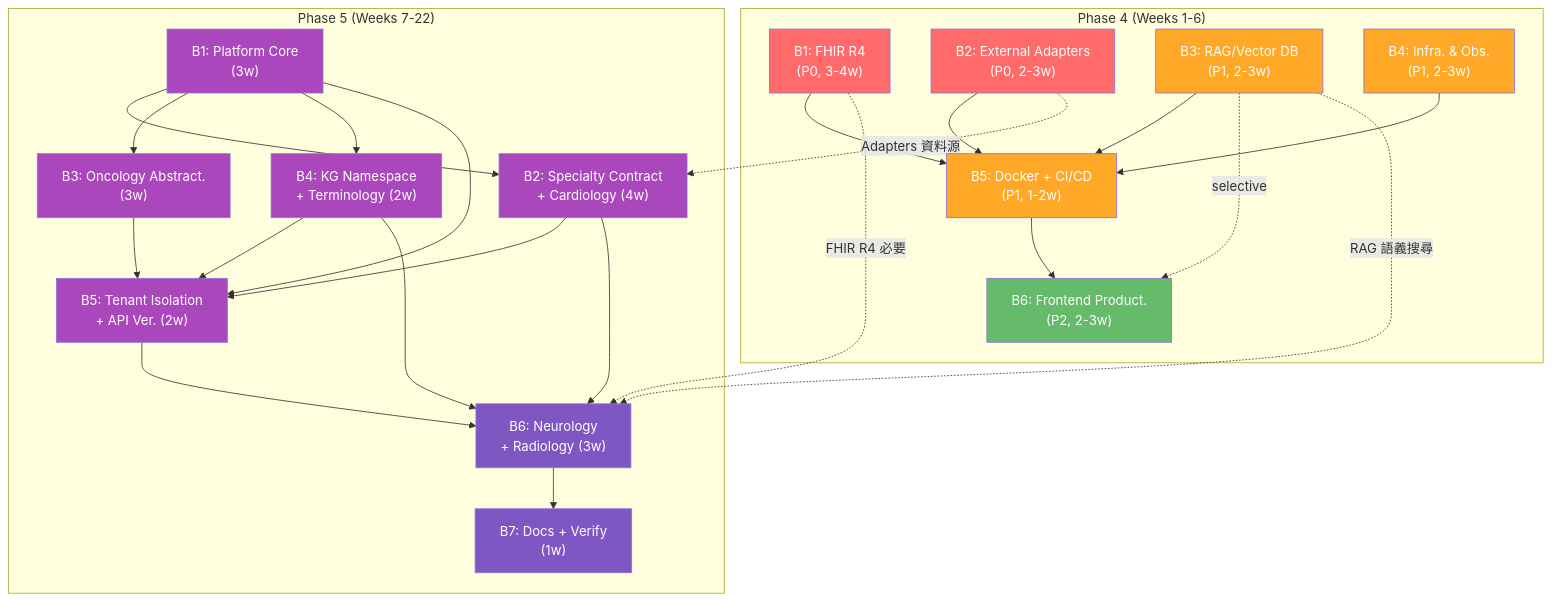
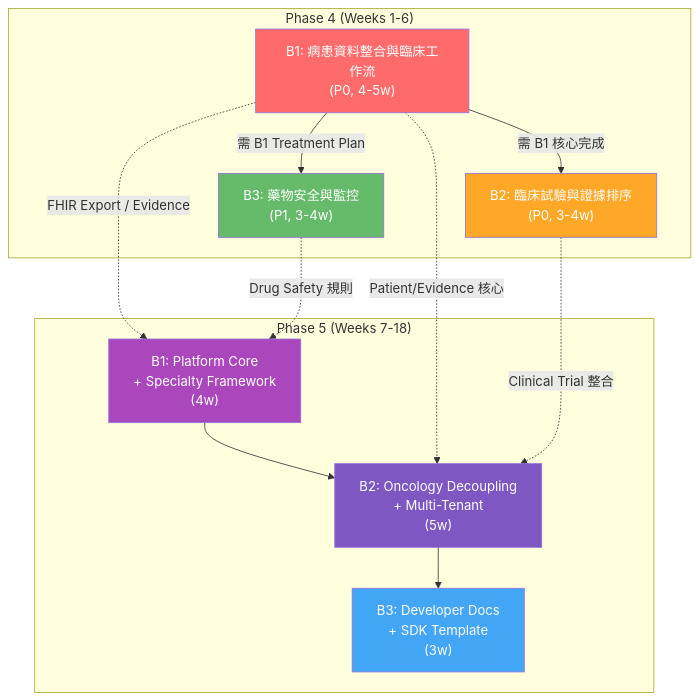
Before and after one commit to liuxb99/AI-Kill-Cancer: the diagram in tasks/phase4-phase5-dependency-map.md, drawn with Mermaid. The commit also changed other lines of this file and 8 other files, not shown here.

First line of the commit message:
docs(plan): push phase 4/5 master plan rework round 2

````diff
--- a/tasks/phase4-phase5-dependency-map.md
+++ b/tasks/phase4-phase5-dependency-map.md
@@ -686,61 +602,35 @@
 ```mermaid
 graph TD
     %% Phase 4
     subgraph "Phase 4 (Weeks 1-6)"
-        B1["B1: FHIR R4<br/>(P0, 3-4w)"]
-        B2["B2: External Adapters<br/>(P0, 2-3w)"]
-        B3["B3: RAG/Vector DB<br/>(P1, 2-3w)"]
-        B4["B4: Infra. & Obs.<br/>(P1, 2-3w)"]
-        B5["B5: Docker + CI/CD<br/>(P1, 1-2w)"]
-        B6["B6: Frontend Product.<br/>(P2, 2-3w)"]
+        B1["B1: 病患資料整合與臨床工作流<br/>(P0, 4-5w)"]
+        B2["B2: 臨床試驗與證據排序<br/>(P0, 3-4w)"]
+        B3["B3: 藥物安全與監控<br/>(P1, 3-4w)"]
 
-        B1 --> B5
-        B2 --> B5
-        B3 --> B5
-        B4 --> B5
-        B5 --> B6
-        B3 -.->|selective| B6
+        B1 -->|"需 B1 核心完成"| B2
+        B1 -->|"需 B1 Treatment Plan"| B3
     end
 
     %% Phase 5
-    subgraph "Phase 5 (Weeks 7-22)"
-        P5B1["B1: Platform Core<br/>(3w)"]
-        P5B2["B2: Specialty Contract<br/>+ Cardiology (4w)"]
-        P5B3["B3: Oncology Abstract.<br/>(3w)"]
-        P5B4["B4: KG Namespace<br/>+ Terminology (2w)"]
-        P5B5["B5: Tenant Isolation<br/>+ API Ver. (2w)"]
-        P5B6["B6: Neurology<br/>+ Radiology (3w)"]
-        P5B7["B7: Docs + Verify<br/>(1w)"]
+    subgraph "Phase 5 (Weeks 7-18)"
+        P5B1["B1: Platform Core<br/>+ Specialty Framework<br/>(4w)"]
+        P5B2["B2: Oncology Decoupling<br/>+ Multi-Tenant<br/>(5w)"]
+        P5B3["B3: Developer Docs<br/>+ SDK Template<br/>(3w)"]
 
         P5B1 --> P5B2
-        P5B1 --> P5B3
-        P5B1 --> P5B4
-        P5B1 --> P5B5
-        P5B2 --> P5B5
-        P5B3 --> P5B5
-        P5B4 --> P5B5
-        P5B2 --> P5B6
-        P5B4 --> P5B6
-        P5B5 --> P5B6
-        P5B6 --> P5B7
+        P5B2 --> P5B3
     end
 
     %% Cross-phase
-    B1 -.->|"FHIR R4 必要"| P5B6
-    B3 -.->|"RAG 語義搜尋"| P5B6
-    B2 -.->|"Adapters 資料源"| P5B2
+    B1 -.->|"FHIR Export / Evidence"| P5B1
+    B1 -.->|"Patient/Evidence 核心"| P5B2
+    B2 -.->|"Clinical Trial 整合"| P5B2
+    B3 -.->|"Drug Safety 規則"| P5B1
 
     style B1 fill:#ff6b6b,color:#fff
-    style B2 fill:#ff6b6b,color:#fff
-    style B3 fill:#ffa726,color:#fff
-    style B4 fill:#ffa726,color:#fff
-    style B5 fill:#ffa726,color:#fff
-    style B6 fill:#66bb6a,color:#fff
+    style B2 fill:#ffa726,color:#fff
+    style B3 fill:#66bb6a,color:#fff
     style P5B1 fill:#ab47bc,color:#fff
-    style P5B2 fill:#ab47bc,color:#fff
-    style P5B3 fill:#ab47bc,color:#fff
-    style P5B4 fill:#ab47bc,color:#fff
-    style P5B5 fill:#ab47bc,color:#fff
-    style P5B6 fill:#7e57c2,color:#fff
-    style P5B7 fill:#7e57c2,color:#fff
+    style P5B2 fill:#7e57c2,color:#fff
+    style P5B3 fill:#42a5f5,color:#fff
 ```
````
